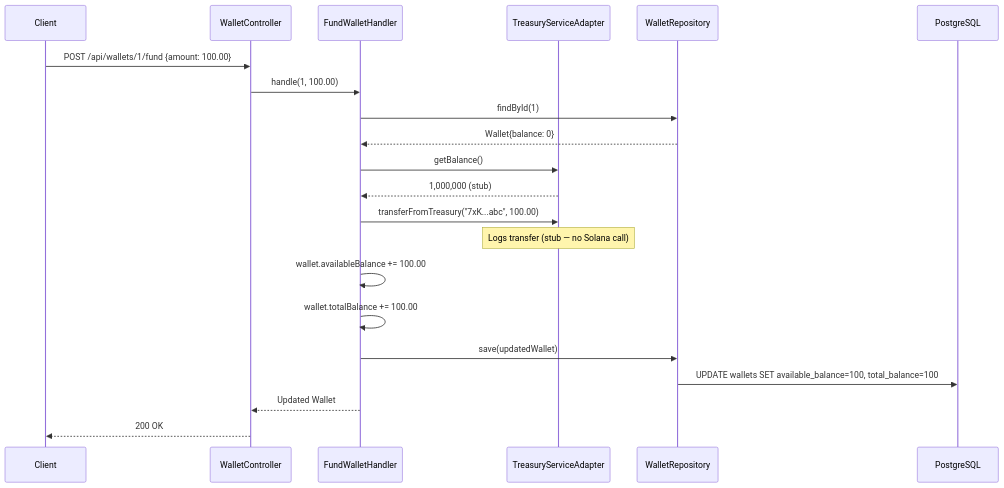
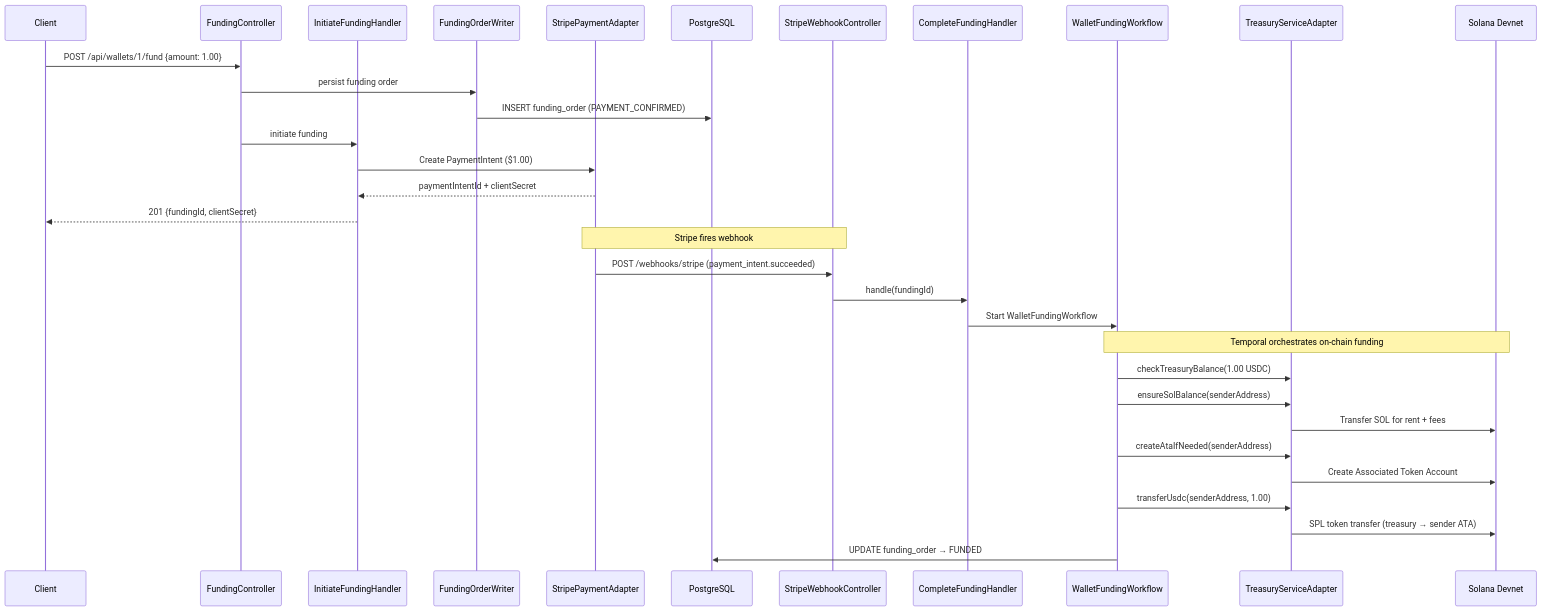
The fourth of 11 diagrams in README.md (Puneethkumarck/stablepay-hackathon), drawn with Mermaid before and after one commit. The commit also changed other lines of this file and 2 other files, not shown here.

First line of the commit message:
docs: rewrite E2E run for Stripe on-ramp + Razorpay UPI payout

````diff
--- a/README.md
+++ b/README.md
@@ -274,29 +293,37 @@
 ```mermaid
 sequenceDiagram
     participant Client
-    participant Controller as WalletController
-    participant Handler as FundWalletHandler
+    participant Controller as FundingController
+    participant Handler as InitiateFundingHandler
+    participant Writer as FundingOrderWriter
+    participant Stripe as StripePaymentAdapter
+    participant DB as PostgreSQL
+    participant Webhook as StripeWebhookController
+    participant Complete as CompleteFundingHandler
+    participant Temporal as WalletFundingWorkflow
     participant Treasury as TreasuryServiceAdapter
-    participant Repo as WalletRepository
-    participant DB as PostgreSQL
+    participant Solana as Solana Devnet
 
-    Client->>Controller: POST /api/wallets/1/fund {amount: 100.00}
+    Client->>Controller: POST /api/wallets/1/fund {amount: 1.00}
+    Controller->>Writer: persist funding order
+    Writer->>DB: INSERT funding_order (PAYMENT_CONFIRMED)
+    Controller->>Handler: initiate funding
+    Handler->>Stripe: Create PaymentIntent ($1.00)
+    Stripe-->>Handler: paymentIntentId + clientSecret
+    Handler-->>Client: 201 {fundingId, clientSecret}
 
-    Controller->>Handler: handle(1, 100.00)
-    Handler->>Repo: findById(1)
-    Repo-->>Handler: Wallet{balance: 0}
+    Note over Stripe,Webhook: Stripe fires webhook
+    Stripe->>Webhook: POST /webhooks/stripe (payment_intent.succeeded)
+    Webhook->>Complete: handle(fundingId)
+    Complete->>Temporal: Start WalletFundingWorkflow
 
-    Handler->>Treasury: getBalance()
-    Treasury-->>Handler: 1,000,000 (stub)
-
-    Handler->>Treasury: transferFromTreasury("7xK...abc", 100.00)
-    Note over Treasury: Logs transfer (stub — no Solana call)
-
-    Handler->>Handler: wallet.availableBalance += 100.00
-    Handler->>Handler: wallet.totalBalance += 100.00
-    Handler->>Repo: save(updatedWallet)
-    Repo->>DB: UPDATE wallets SET available_balance=100, total_balance=100
-
-    Handler-->>Controller: Updated Wallet
-    Controller-->>Client: 200 OK
+    Note over Temporal,Solana: Temporal orchestrates on-chain funding
+    Temporal->>Treasury: checkTreasuryBalance(1.00 USDC)
+    Temporal->>Treasury: ensureSolBalance(senderAddress)
+    Treasury->>Solana: Transfer SOL for rent + fees
+    Temporal->>Treasury: createAtaIfNeeded(senderAddress)
+    Treasury->>Solana: Create Associated Token Account
+    Temporal->>Treasury: transferUsdc(senderAddress, 1.00)
+    Treasury->>Solana: SPL token transfer (treasury → sender ATA)
+    Temporal->>DB: UPDATE funding_order → FUNDED
 ```
````
